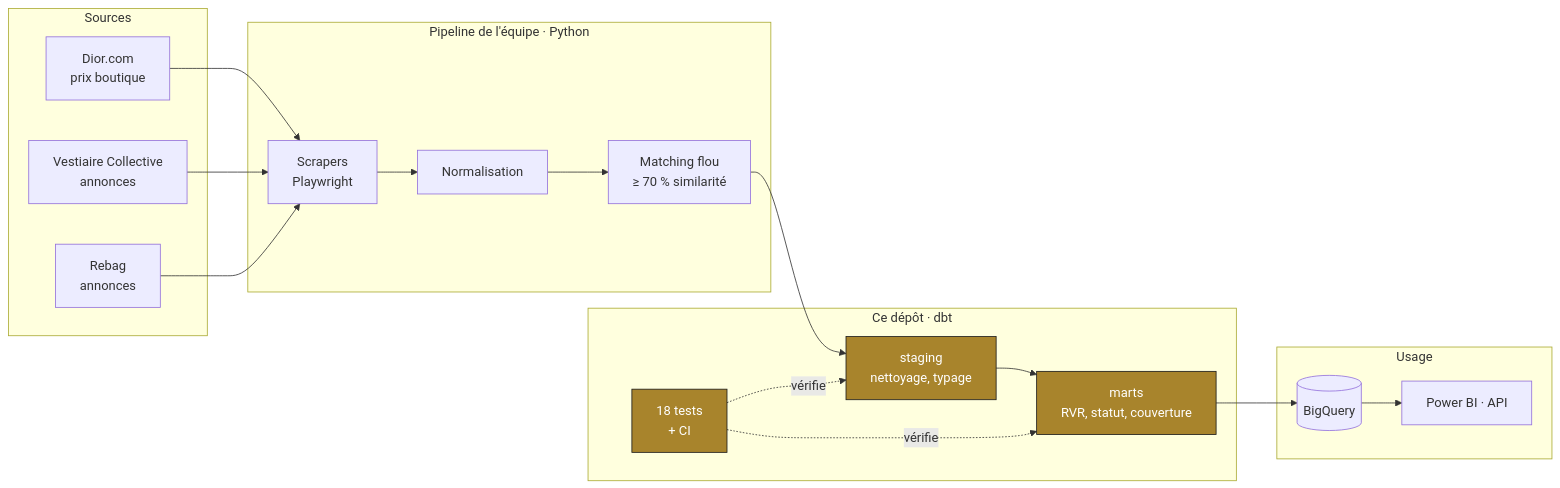
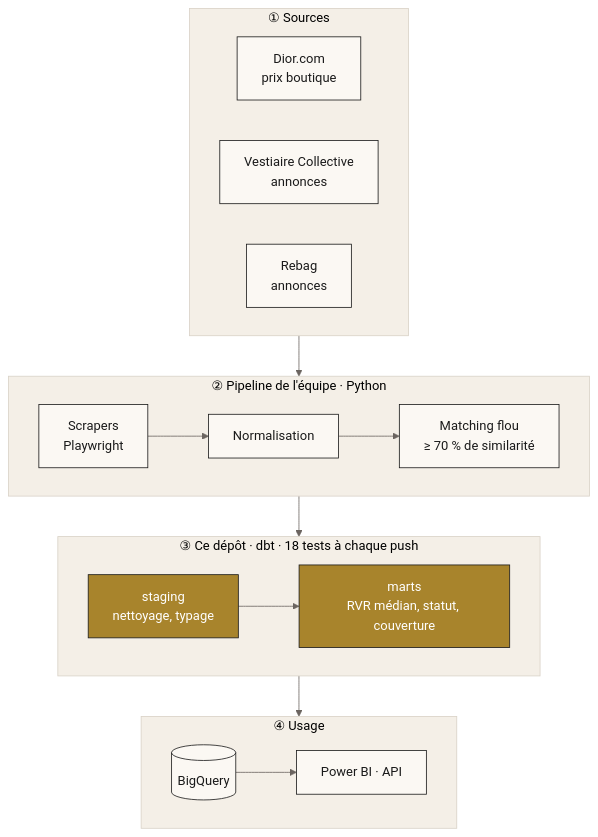
One commit to MosesKing/dior-rvr-dbt changed the first of 3 diagrams in README.md. Above: the diagram before and after it, drawn with Mermaid. The commit also changed other lines of this file and 2 other files, not shown here.

Commit message:
README: clearer diagrams, consistent palette, count SQL in languages

````diff
--- a/README.md
+++ b/README.md
@@ -64,31 +64,26 @@
 ```mermaid
-flowchart LR
-    subgraph S["Sources"]
+%%{init: {'theme':'base','themeVariables':{'primaryColor':'#FBF8F3','primaryBorderColor':'#1A1A1A','primaryTextColor':'#1A1A1A','lineColor':'#6B6460','clusterBkg':'#F4EFE7','clusterBorder':'#D9D2C7','edgeLabelBackground':'#FFFFFF','fontFamily':'Helvetica, Arial, sans-serif'}}}%%
+flowchart TB
+    subgraph S["① Sources"]
+        direction LR
         D[Dior.com<br/>prix boutique]
         V[Vestiaire Collective<br/>annonces]
         R[Rebag<br/>annonces]
     end
-    subgraph P["Pipeline de l'équipe · Python"]
-        SC[Scrapers<br/>Playwright]
-        N[Normalisation]
-        M[Matching flou<br/>≥ 70 % similarité]
+    subgraph P["② Pipeline de l'équipe · Python"]
+        direction LR
+        SC[Scrapers<br/>Playwright] --> N[Normalisation] --> M[Matching flou<br/>≥ 70 % de similarité]
     end
-    subgraph T["Ce dépôt · dbt"]
-        STG[staging<br/>nettoyage, typage]
-        MART[marts<br/>RVR, statut, couverture]
-        TST[18 tests<br/>+ CI]
+    subgraph T["③ Ce dépôt · dbt · 18 tests à chaque push"]
+        direction LR
+        STG[staging<br/>nettoyage, typage] --> MART[marts<br/>RVR médian, statut, couverture]
     end
-    subgraph U["Usage"]
-        BQ[(BigQuery)]
-        BI[Power BI · API]
+    subgraph U["④ Usage"]
+        direction LR
+        BQ[(BigQuery)] --> BI[Power BI · API]
     end
-    D --> SC
-    V --> SC
-    R --> SC
-    SC --> N --> M --> STG --> MART --> BQ --> BI
-    TST -. vérifie .-> STG
-    TST -. vérifie .-> MART
+    S --> P --> T --> U
 
     classDef dbt fill:#A8842C,stroke:#1A1A1A,color:#FFFFFF
-    class STG,MART,TST dbt
+    class STG,MART dbt
 ```
````
